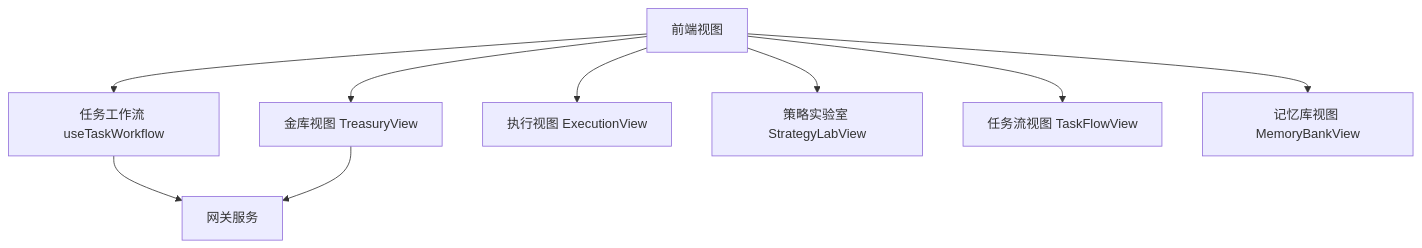
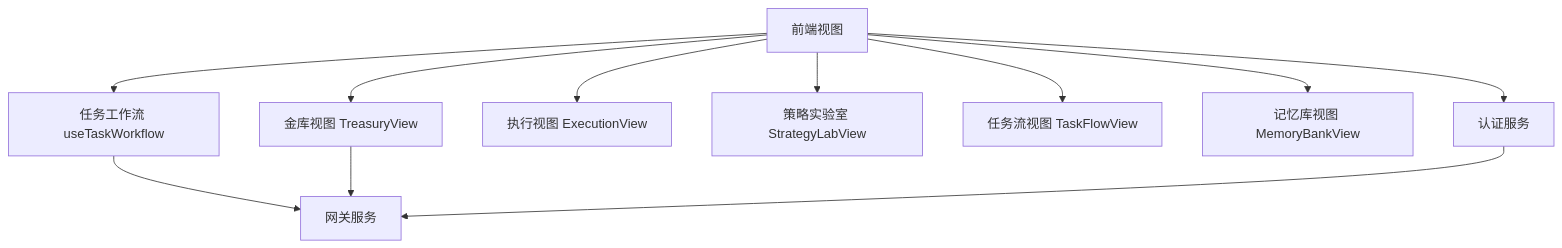
The ninth of 10 diagrams in .qoder/repowiki/zh/content/核心组件/双服务器架构.md (Maki3991/study-PactLedger), drawn with Mermaid before and after one commit. The commit also changed other lines of this file and 15 other files, not shown here.

````diff
--- a/.qoder/repowiki/zh/content/核心组件/双服务器架构.md
+++ b/.qoder/repowiki/zh/content/核心组件/双服务器架构.md
@@ -376,11 +448,13 @@
 ```mermaid
 graph TB
 UI["前端视图"] --> WF["任务工作流 useTaskWorkflow"]
 UI --> TV["金库视图 TreasuryView"]
 UI --> EV["执行视图 ExecutionView"]
 UI --> SLV["策略实验室 StrategyLabView"]
 UI --> TFV["任务流视图 TaskFlowView"]
 UI --> MBV["记忆库视图 MemoryBankView"]
+UI --> AuthSrv["认证服务"]
 WF --> GW["网关服务"]
 TV --> GW
+AuthSrv --> GW
 ```
````
